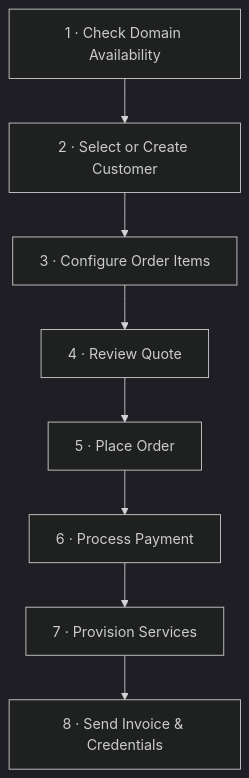
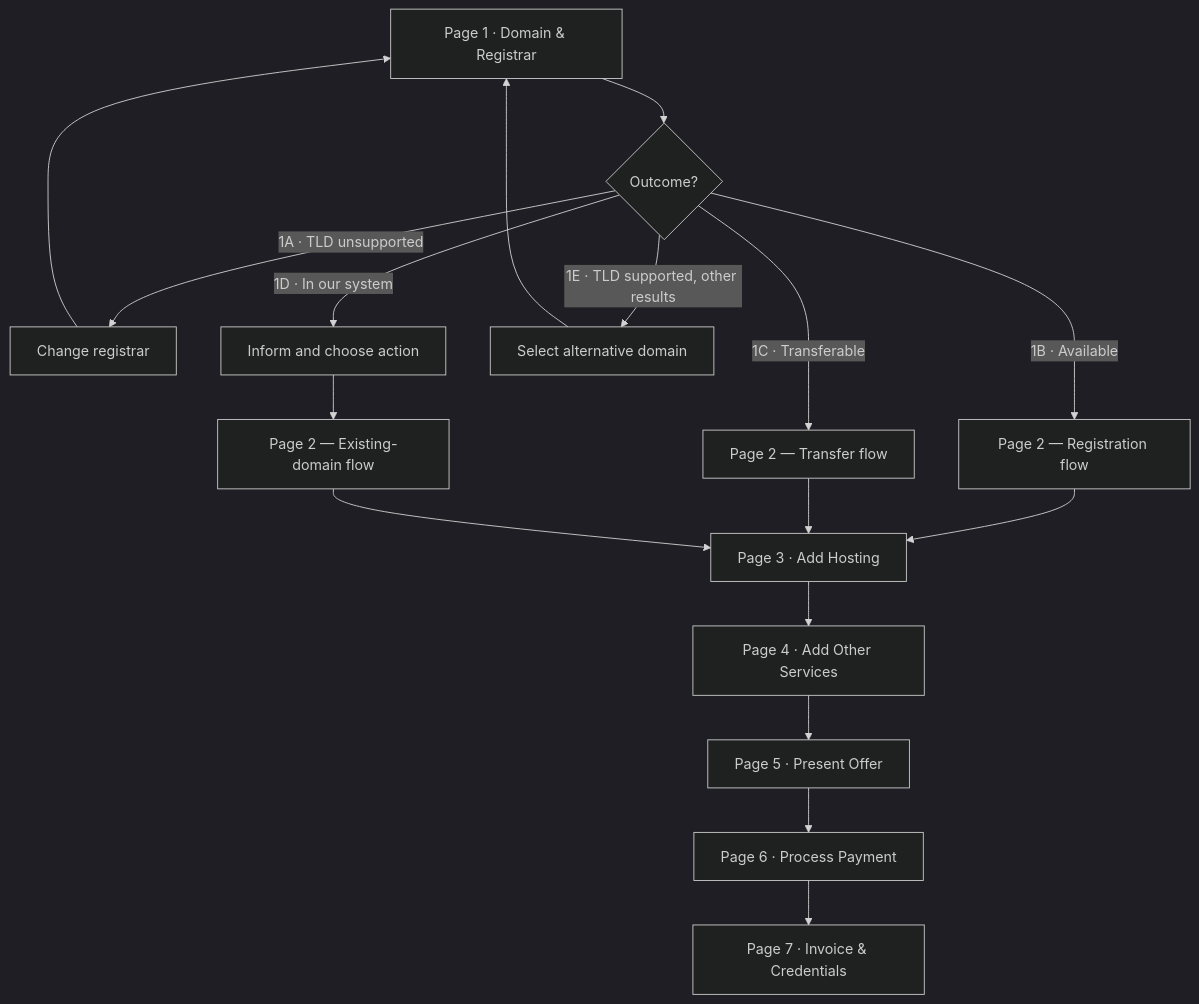
One commit to hansos/DR_Admin changed the first of 9 diagrams in Documentation/SalesWorkflow.md. Above: the diagram before and after it, drawn with Mermaid (dark theme). The commit also changed other lines of this file and 1 other file, not shown here.

First line of the commit message:
Add detailed SalesWorkflow documentation for reseller flow

````diff
--- a/Documentation/SalesWorkflow.md
+++ b/Documentation/SalesWorkflow.md
@@ -11,10 +11,19 @@
 ```mermaid
 flowchart TD
-    A["1 · Check Domain Availability"] --> B["2 · Select or Create Customer"]
-    B --> C["3 · Configure Order Items"]
-    C --> D["4 · Review Quote"]
-    D --> E["5 · Place Order"]
-    E --> F["6 · Process Payment"]
-    F --> G["7 · Provision Services"]
-    G --> H["8 · Send Invoice & Credentials"]
+    P1["Page 1 · Domain & Registrar"] --> P1A{"Outcome?"}
+    P1A -->|1A · TLD unsupported| P1X["Change registrar"]
+    P1X --> P1
+    P1A -->|1B · Available| P2R["Page 2 — Registration flow"]
+    P1A -->|1C · Transferable| P2T["Page 2 — Transfer flow"]
+    P1A -->|1D · In our system| P1D["Inform and choose action"]
+    P1D --> P2E["Page 2 — Existing-domain flow"]
+    P1A -->|1E · TLD supported, other results| P1E["Select alternative domain"]
+    P1E --> P1
+    P2R --> P3["Page 3 · Add Hosting"]
+    P2T --> P3
+    P2E --> P3
+    P3 --> P4["Page 4 · Add Other Services"]
+    P4 --> P5["Page 5 · Present Offer"]
+    P5 --> P6["Page 6 · Process Payment"]
+    P6 --> P7["Page 7 · Invoice & Credentials"]
 ```
````
